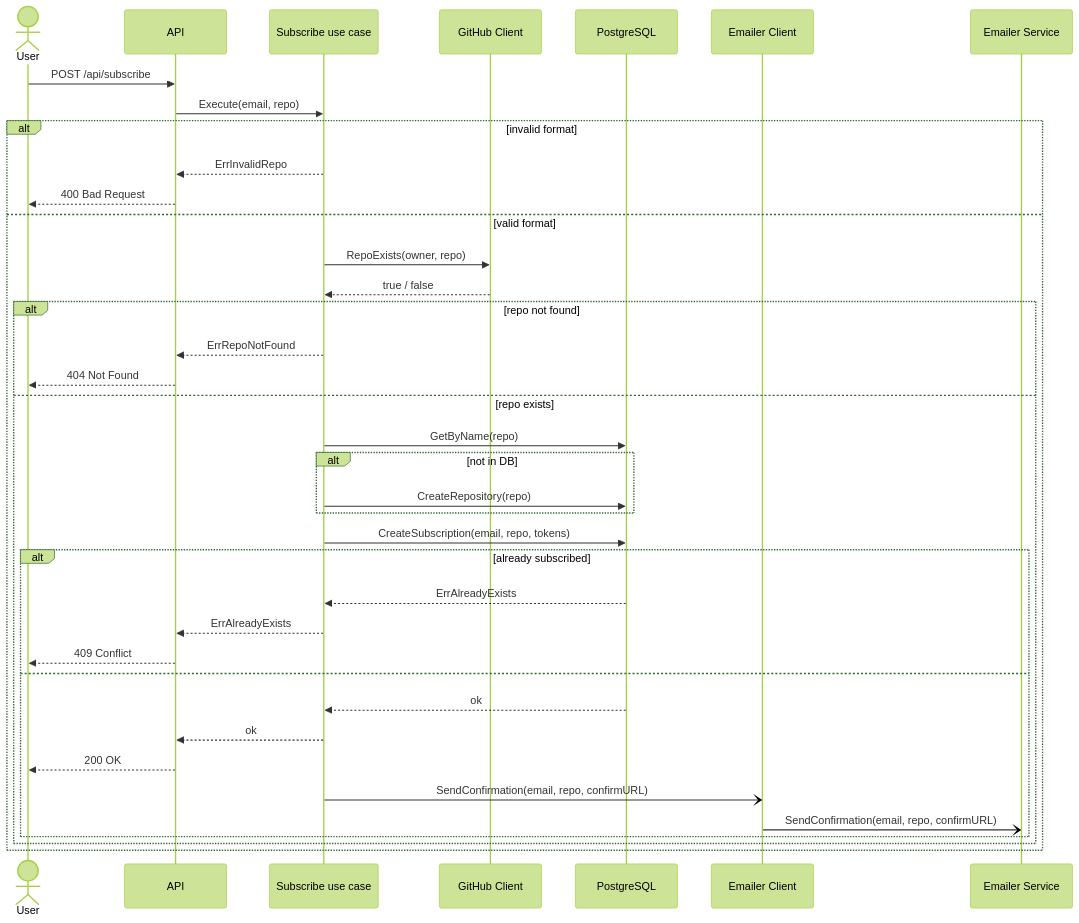
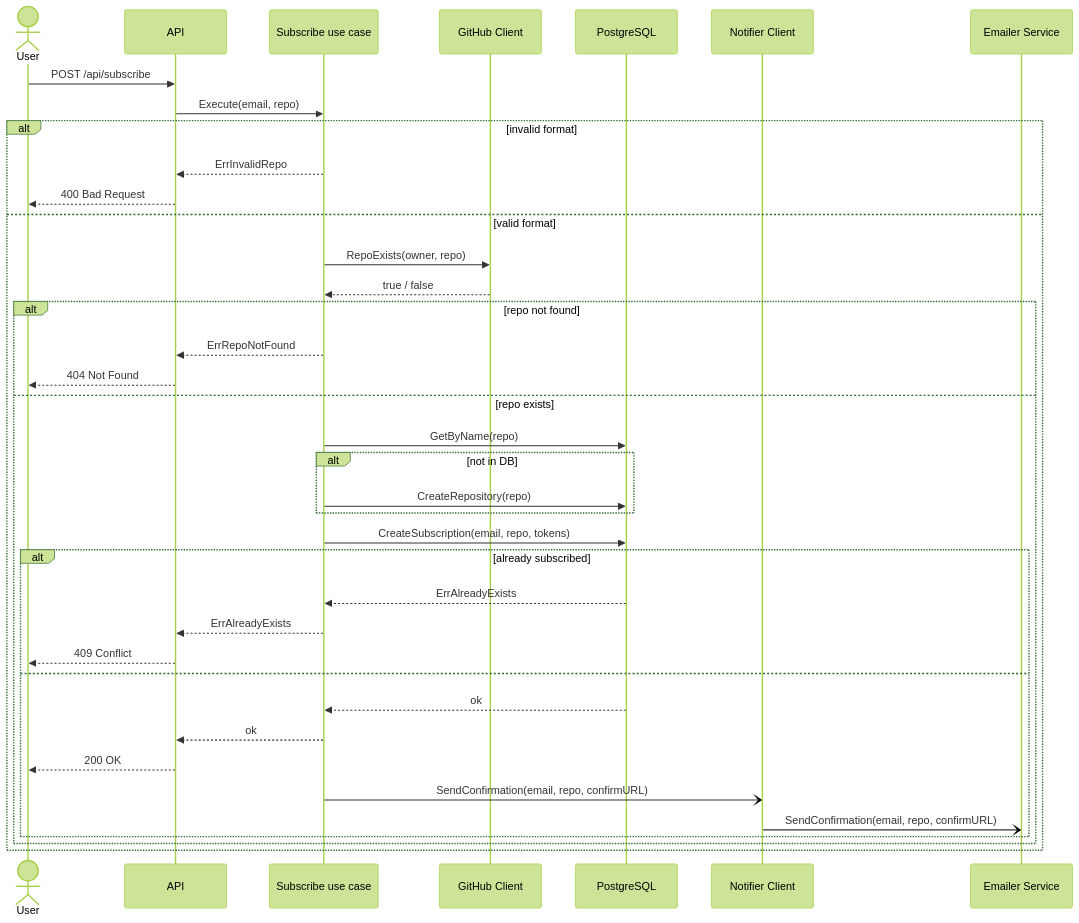
One commit to GenesisEducationKyiv/software-engineering-school-6-0-mzabrodin changed the second of 4 diagrams in docs/sdd.md. Above: the diagram before and after it, drawn with Mermaid (forest theme). The commit also changed other lines of this file, not shown here.

Commit message:
refactor(docs): update SDD to reflect scanner extraction and clarify architecture of subscription app

````diff
--- a/docs/sdd.md
+++ b/docs/sdd.md
@@ -120,40 +132,40 @@
 ```mermaid
 sequenceDiagram
     actor User
     participant API
     participant UC as Subscribe use case
     participant GH as GitHub Client
     participant DB as PostgreSQL
-    participant EC as Emailer Client
+    participant EC as Notifier Client
     participant ES as Emailer Service
     User ->> API: POST /api/subscribe
     API ->> UC: Execute(email, repo)
     alt invalid format
         UC -->> API: ErrInvalidRepo
         API -->> User: 400 Bad Request
     else valid format
         UC ->> GH: RepoExists(owner, repo)
         GH -->> UC: true / false
         alt repo not found
             UC -->> API: ErrRepoNotFound
             API -->> User: 404 Not Found
         else repo exists
             UC ->> DB: GetByName(repo)
             alt not in DB
                 UC ->> DB: CreateRepository(repo)
             end
             UC ->> DB: CreateSubscription(email, repo, tokens)
             alt already subscribed
                 DB -->> UC: ErrAlreadyExists
                 UC -->> API: ErrAlreadyExists
                 API -->> User: 409 Conflict
             else
                 DB -->> UC: ok
                 UC -->> API: ok
                 API -->> User: 200 OK
                 UC -) EC: SendConfirmation(email, repo, confirmURL)
                 EC -) ES: SendConfirmation(email, repo, confirmURL)
             end
         end
     end
 ```
````
